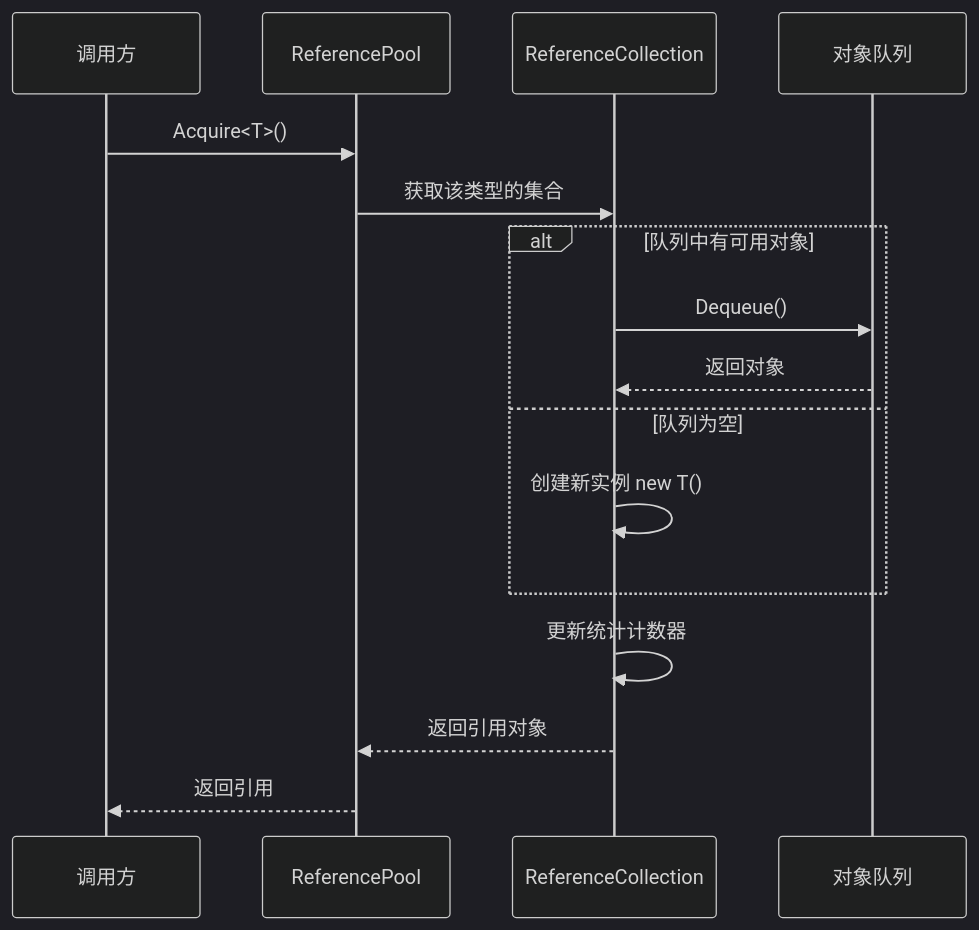
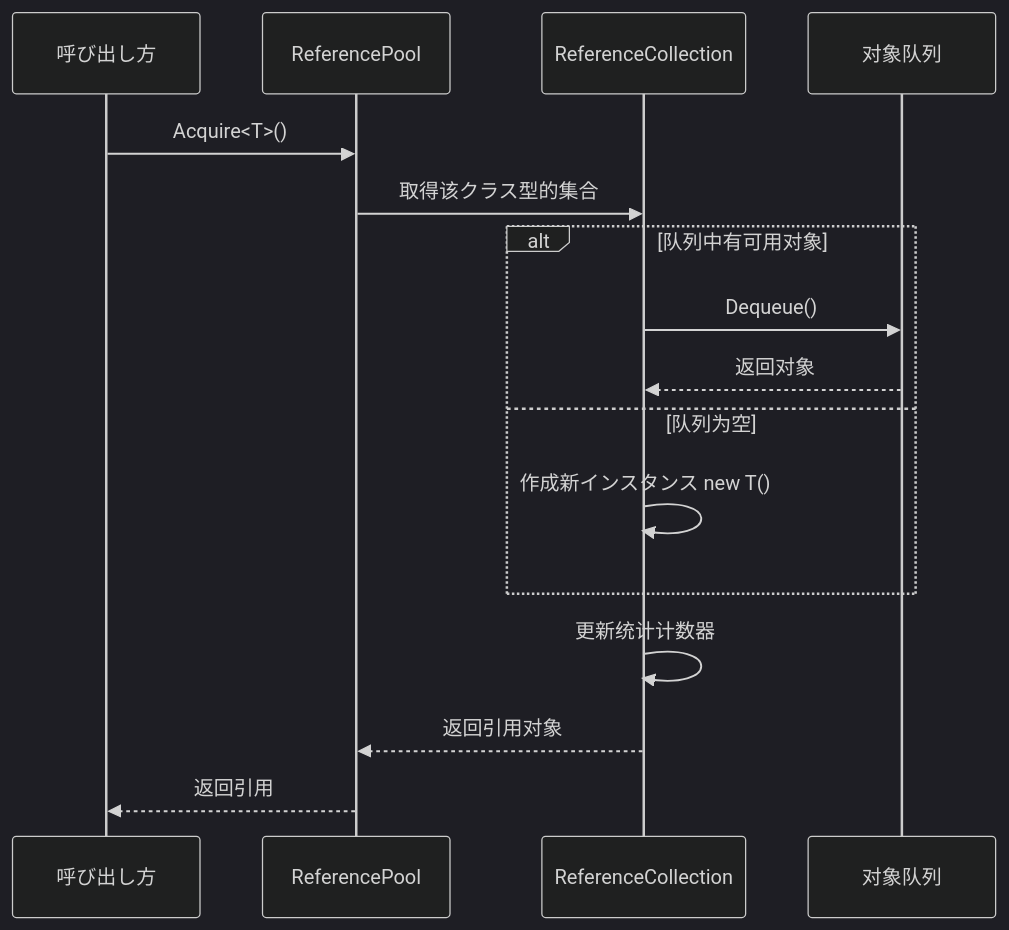
One commit to AlianBlank/GameFrameX.Docs changed the second of 3 diagrams in docs/ja/client/unity/component/core/08.reference-pool.md. Above: the diagram before and after it, drawn with Mermaid (dark theme). The commit also changed other lines of this file and 603 other files, not shown here.

````diff
--- a/docs/ja/client/unity/component/core/08.reference-pool.md
+++ b/docs/ja/client/unity/component/core/08.reference-pool.md
@@ -66,19 +66,19 @@
 ```mermaid
 sequenceDiagram
-    participant Client as 调用方
+    participant Client as 呼び出し方
     participant Pool as ReferencePool
     participant Collection as ReferenceCollection
     participant Queue as 对象队列
 
     Client->>Pool: Acquire<T>()
-    Pool->>Collection: 获取该类型的集合
+    Pool->>Collection: 取得该クラス型的集合
     alt 队列中有可用对象
         Collection->>Queue: Dequeue()
         Queue-->>Collection: 返回对象
     else 队列为空
-        Collection->>Collection: 创建新实例 new T()
+        Collection->>Collection: 作成新インスタンス new T()
     end
     Collection->>Collection: 更新统计计数器
     Collection-->>Pool: 返回引用对象
     Pool-->>Client: 返回引用
 ```
````
